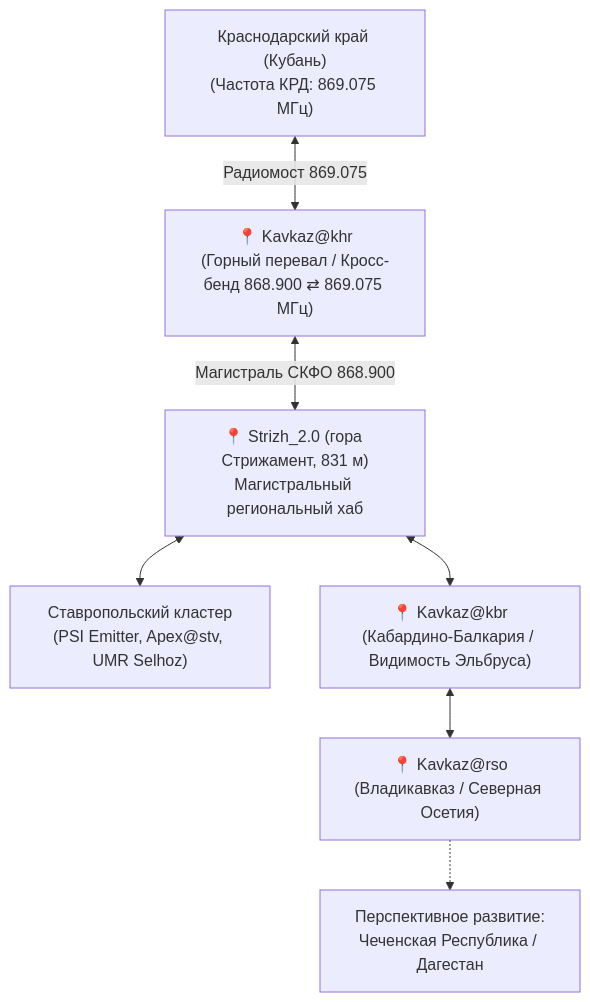
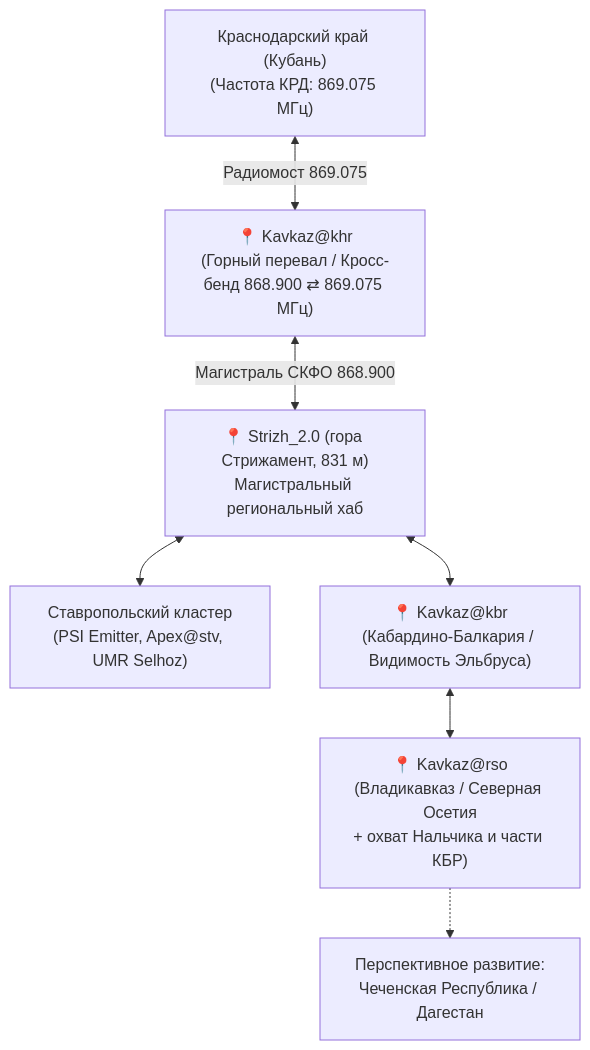
One commit to yamixst/meshcore-skfo-wiki changed the second of 2 diagrams in wiki/topology-and-geography/regional-backbone.md. Above: the diagram before and after it, drawn with Mermaid. The commit also changed other lines of this file and 2 other files, not shown here.

Commit message:
Update Kavkaz@rso coverage: include Nalchik and part of KBR

````diff
--- a/wiki/topology-and-geography/regional-backbone.md
+++ b/wiki/topology-and-geography/regional-backbone.md
@@ -80,17 +81,17 @@
 ```mermaid
 flowchart TD
     KRD["Краснодарский край (Кубань)<br/>(Частота КРД: 869.075 МГц)"]
     KHR["📍 Kavkaz@khr<br/>(Горный перевал / Кросс-бенд 868.900 ⇄ 869.075 МГц)"]
     STR["📍 Strizh_2.0 (гора Стрижамент, 831 м)<br/>Магистральный региональный хаб"]
     STV["Ставропольский кластер<br/>(PSI Emitter, Apex@stv, UMR Selhoz)"]
     KBR["📍 Kavkaz@kbr<br/>(Кабардино-Балкария / Видимость Эльбруса)"]
-    RSO["📍 Kavkaz@rso<br/>(Владикавказ / Северная Осетия)"]
+    RSO["📍 Kavkaz@rso<br/>(Владикавказ / Северная Осетия<br/>+ охват Нальчика и части КБР)"]
     NEXT["Перспективное развитие:<br/>Чеченская Республика / Дагестан"]
 
     KRD <-->|Радиомост 869.075| KHR
     KHR <-->|Магистраль СКФО 868.900| STR
     STR <--> STV
     STR <--> KBR
     KBR <--> RSO
     RSO -.-> NEXT
 ```
````
